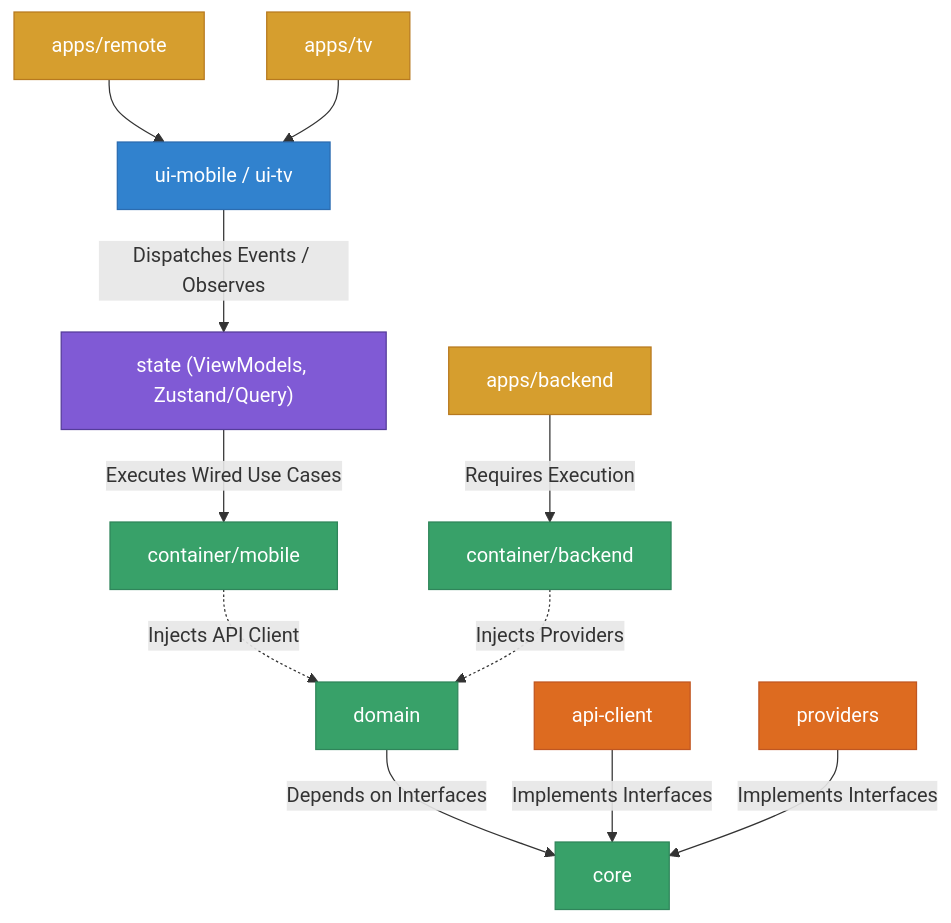
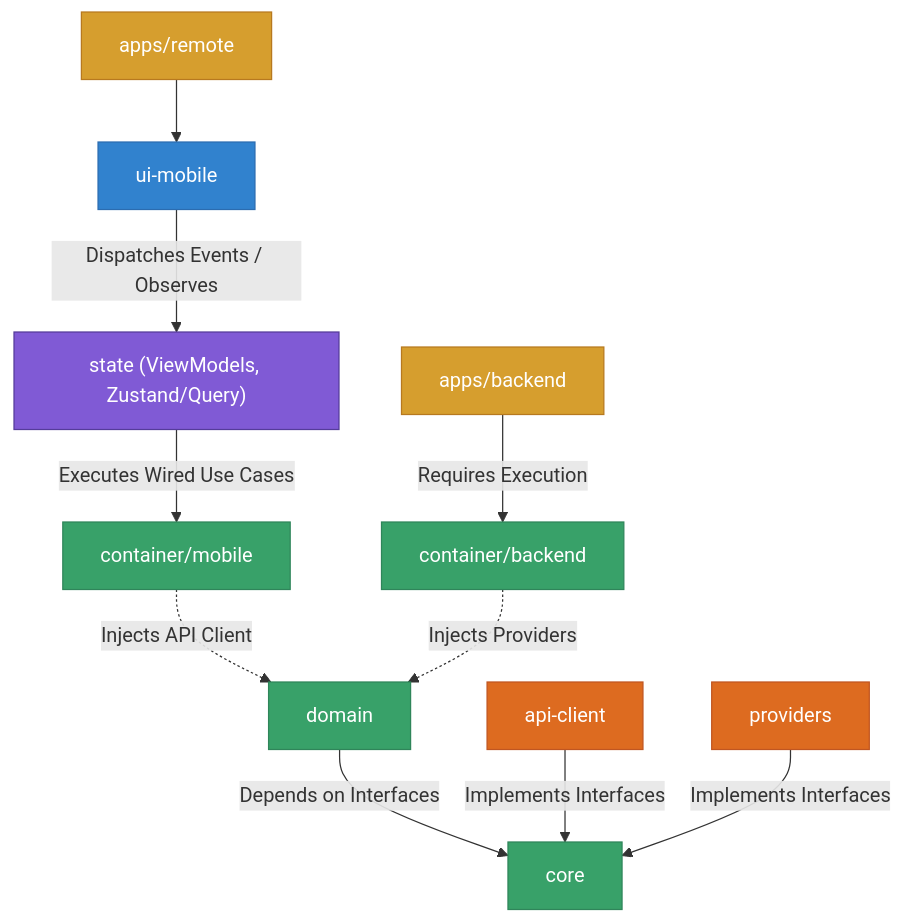
The diagram in ARCHITECTURE.md (CoRExE/Horus), drawn with Mermaid before and after one commit. The commit also changed other lines of this file and 139 other files, not shown here.

````diff
--- a/ARCHITECTURE.md
+++ b/ARCHITECTURE.md
@@ -64,45 +64,43 @@
 ```mermaid
 graph TD
     classDef ui fill:#3182ce,stroke:#2b6cb0,color:white;
     classDef state fill:#805ad5,stroke:#553c9a,color:white;
     classDef logic fill:#38a169,stroke:#2f855a,color:white;
     classDef infra fill:#dd6b20,stroke:#c05621,color:white;
     classDef apps fill:#d69e2e,stroke:#b7791f,color:white;
 
     %% Apps
     App_Mobile[apps/remote]:::apps
-    App_TV[apps/tv]:::apps
     Backend[apps/backend]:::apps
 
     %% UI & State 
-    PKG_UI["ui-mobile / ui-tv"]:::ui
+    PKG_UI["ui-mobile"]:::ui
     PKG_STATE["state (ViewModels, Zustand/Query)"]:::state
 
     %% Core & Domain
     PKG_DOMAIN["domain"]:::logic
     PKG_CORE["core"]:::logic
 
     %% Infrastructure & DI
     PKG_API_CLIENT["api-client"]:::infra
     PKG_PROVIDER["providers"]:::infra
     CONTAINER_M["container/mobile"]:::logic
     CONTAINER_B["container/backend"]:::logic
 
     %% UI to State Flow
     App_Mobile --> PKG_UI
-    App_TV --> PKG_UI
     PKG_UI -->|Dispatches Events / Observes| PKG_STATE
 
     %% State to Domain via DI
     PKG_STATE -->|Executes Wired Use Cases| CONTAINER_M
     CONTAINER_M -. Injects API Client .-> PKG_DOMAIN
     
     %% Core Rules
     PKG_DOMAIN -->|Depends on Interfaces| PKG_CORE
     PKG_API_CLIENT -->|Implements Interfaces| PKG_CORE
     PKG_PROVIDER -->|Implements Interfaces| PKG_CORE
 
     %% Backend Flow
     Backend -->|Requires Execution| CONTAINER_B
     CONTAINER_B -. Injects Providers .-> PKG_DOMAIN
 ```
````
